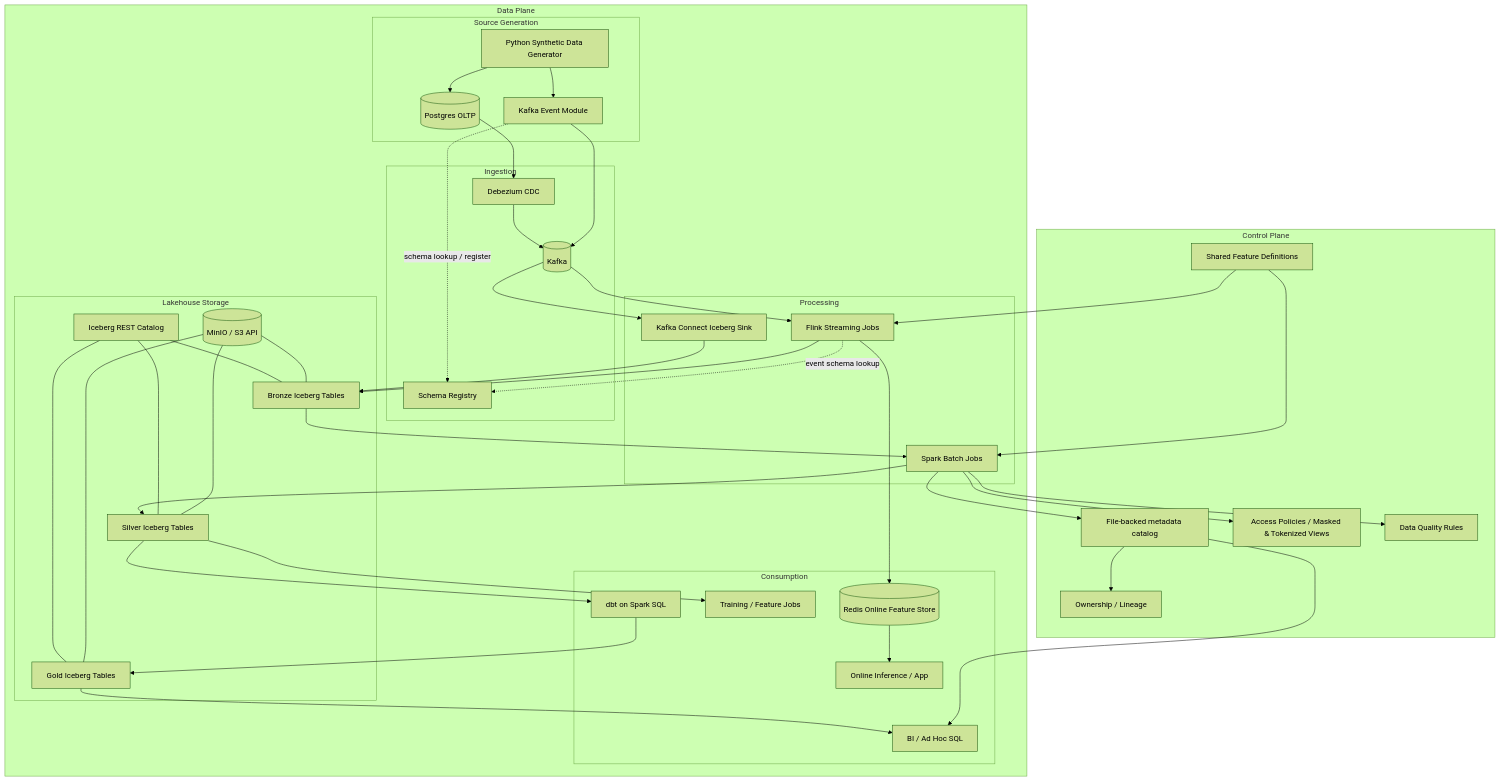
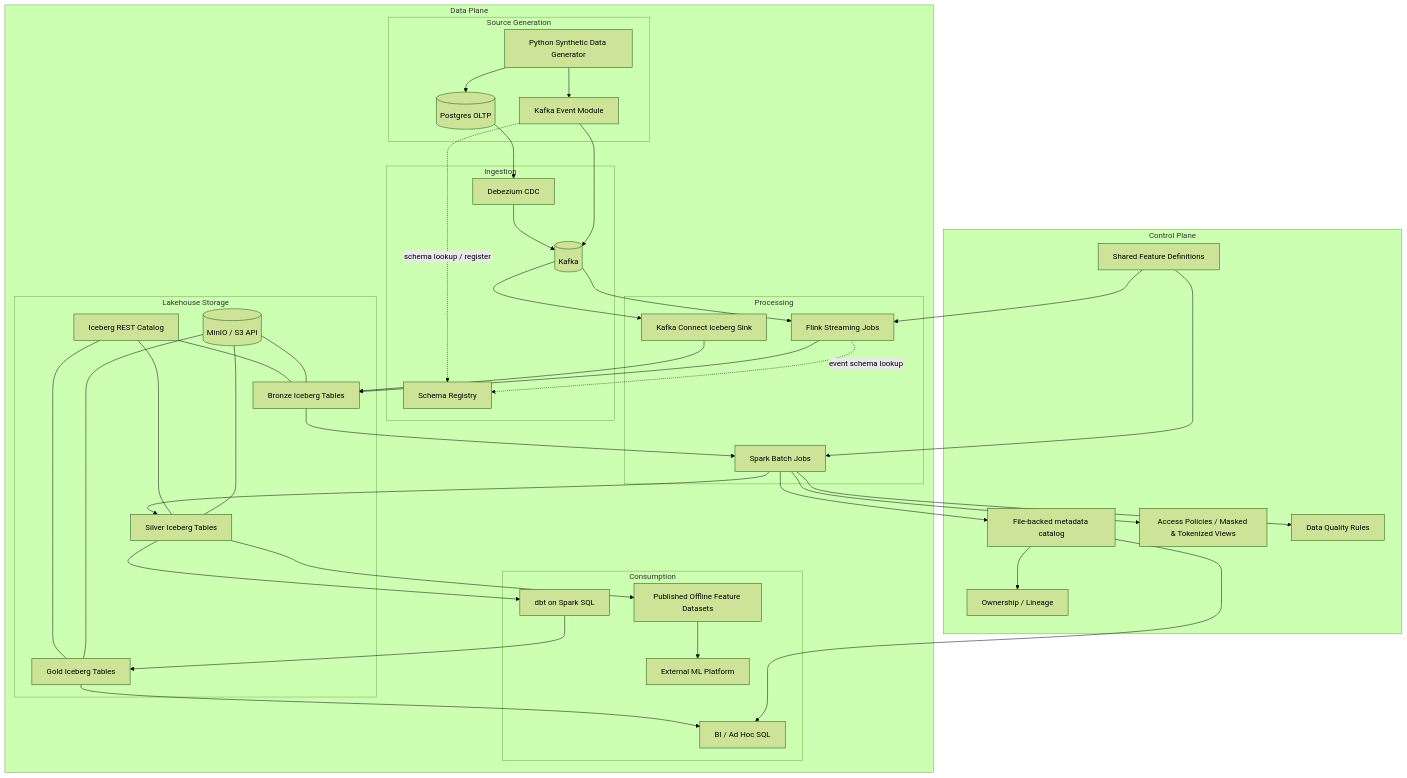
One commit to brandon-benge/example-data-pipeline-w-ml changed the first of 7 diagrams in SpecRepo/ARCHITECTURE.md. Above: the diagram before and after it, drawn with Mermaid (forest theme). The commit also changed other lines of this file and 27 other files, not shown here.

First line of the commit message:
docs(example-data-pipeline-w-ml): update architecture and runbook docs

````diff
--- a/SpecRepo/ARCHITECTURE.md
+++ b/SpecRepo/ARCHITECTURE.md
@@ -10,77 +19,75 @@
 ```mermaid
 flowchart TB
     subgraph DP[Data Plane]
         subgraph SRC[Source Generation]
             PG[(Postgres OLTP)]
             PY[Python Synthetic Data Generator]
             EV[Kafka Event Module]
         end
 
         subgraph ING[Ingestion]
             DBZ[Debezium CDC]
             KFK[(Kafka)]
             SR[Schema Registry]
         end
 
         subgraph PROC[Processing]
             KC[Kafka Connect Iceberg Sink]
             FL[Flink Streaming Jobs]
             SP[Spark Batch Jobs]
         end
 
         subgraph LAKE[Lakehouse Storage]
             BR[Bronze Iceberg Tables]
             SV[Silver Iceberg Tables]
             GD[Gold Iceberg Tables]
             MINIO[(MinIO / S3 API)]
             REST[Iceberg REST Catalog]
         end
 
         subgraph CONS[Consumption]
             DBT[dbt on Spark SQL]
             BI[BI / Ad Hoc SQL]
-            ML[Training / Feature Jobs]
-            REDIS[(Redis Online Feature Store)]
-            INF[Online Inference / App]
+            OF[Published Offline Feature Datasets]
+            EXTML[External ML Platform]
         end
     end
 
     subgraph CP[Control Plane]
         META[File-backed metadata catalog]
         ACL[Access Policies / Masked & Tokenized Views]
         OWN[Ownership / Lineage]
         DQ[Data Quality Rules]
         FSPEC[Shared Feature Definitions]
     end
 
     PY --> PG
     PY --> EV
     PG --> DBZ --> KFK
     EV -. schema lookup / register .-> SR
     EV --> KFK
     KFK --> KC
     KFK --> FL
     KC --> BR
     FL -. event schema lookup .-> SR
     FL --> BR
-    FL --> REDIS
     BR --> SP
     SP --> SV
     SV --> DBT --> GD
-    SV --> ML
+    SV --> OF
     FSPEC --> FL
     FSPEC --> SP
-    REDIS --> INF
     GD --> BI
+    OF --> EXTML
     REST --- BR
     REST --- SV
     REST --- GD
     MINIO --- BR
     MINIO --- SV
     MINIO --- GD
     SP --> DQ
     SP --> ACL
     SP --> META
     META --> OWN
     META --> BI
 ```
````
